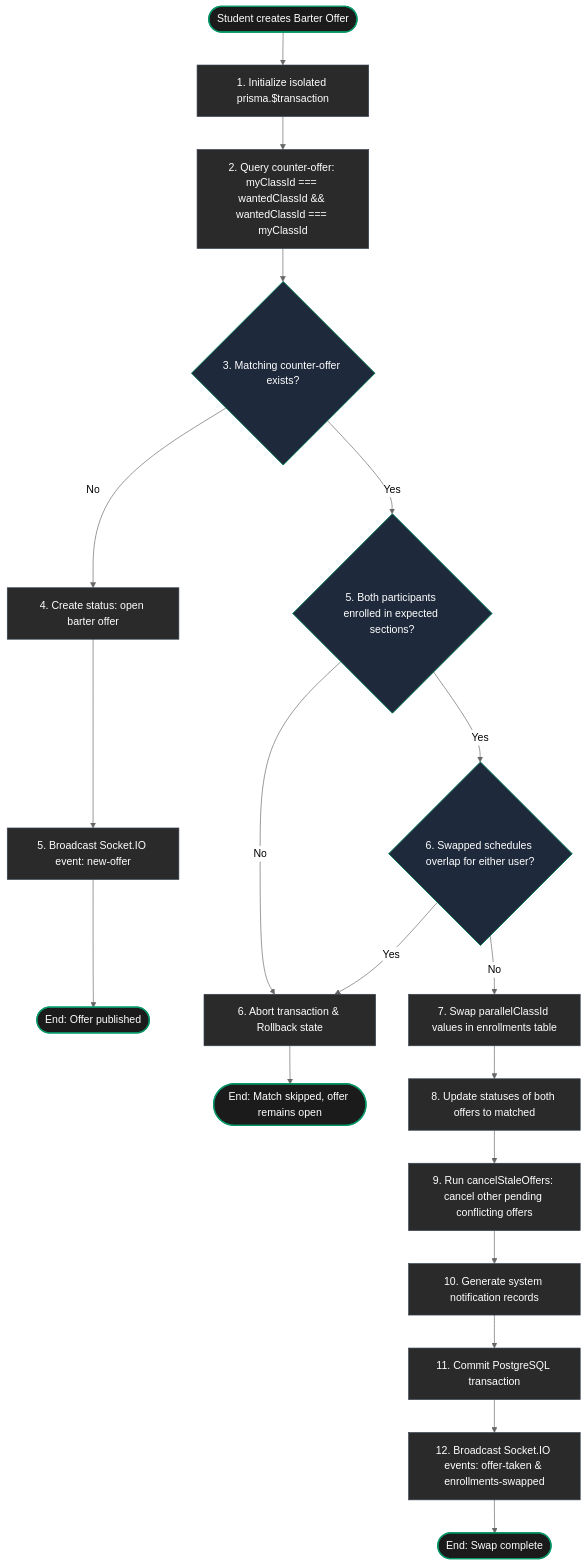
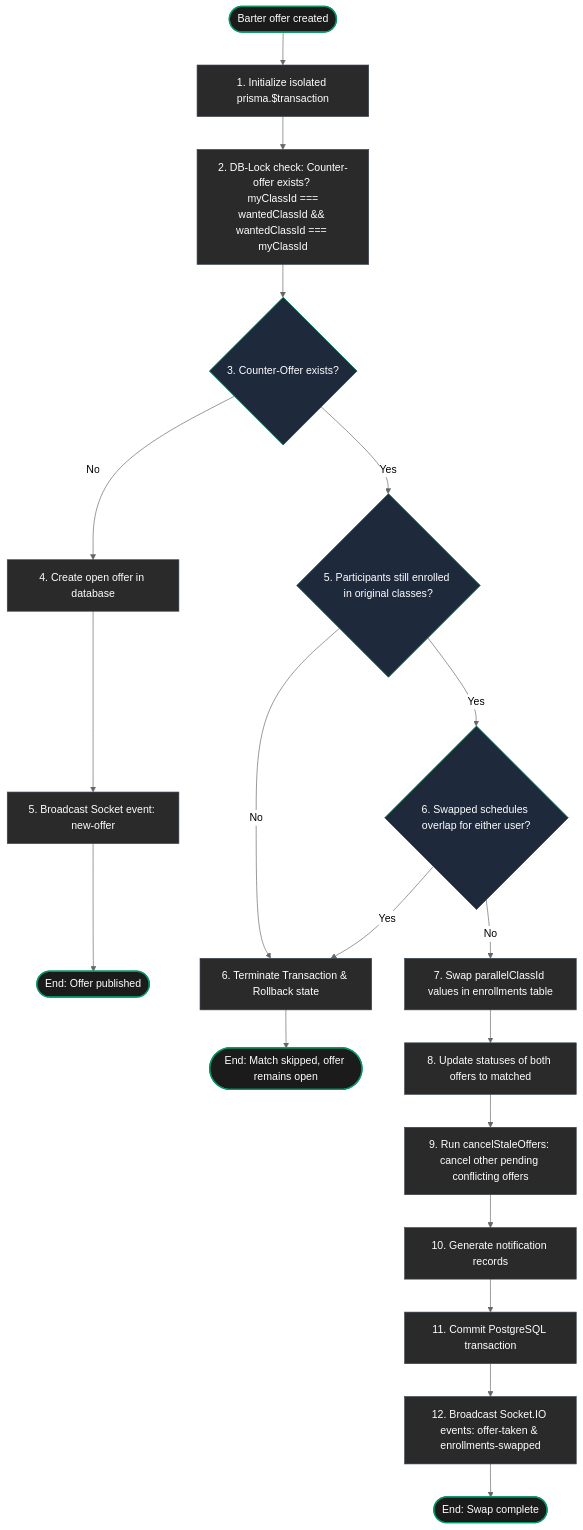
The third of 3 diagrams in ARCHITECTURE.md (gimigkk/KRSwitch-backend), drawn with Mermaid (neutral theme) before and after one commit. The commit also changed other lines of this file and 1 other file, not shown here.

Commit message:
docs: customize architecture and onboarding guides specifically for the backend

````diff
--- a/ARCHITECTURE.md
+++ b/ARCHITECTURE.md
@@ -99,33 +80,33 @@
 ```mermaid
 flowchart TD
     classDef startStop fill:#1b1b1b,stroke:#059669,stroke-width:2px,color:#fff;
     classDef process fill:#2a2a2a,stroke:#374151,stroke-width:1px,color:#fff;
     classDef decision fill:#1e293b,stroke:#047857,stroke-width:1.5px,color:#fff;
 
-    Start([Student creates Barter Offer]):::startStop
+    Start([Barter offer created]):::startStop
     Start --> InitTx[1. Initialize isolated prisma.$transaction]:::process
-    InitTx --> LockDB[2. Query counter-offer: myClassId === wantedClassId && wantedClassId === myClassId]:::process
+    InitTx --> LockDB[2. DB-Lock check: Counter-offer exists? <br> myClassId === wantedClassId && wantedClassId === myClassId]:::process
     
-    LockDB --> MatchExist{3. Matching counter-offer exists?}:::decision
+    LockDB --> MatchExist{3. Counter-Offer exists?}:::decision
     
-    MatchExist -- "No" --> SaveOpen[4. Create status: open barter offer]:::process
-    SaveOpen --> EmitNew[5. Broadcast Socket.IO event: new-offer]:::process
+    MatchExist -- "No" --> SaveOpen[4. Create open offer in database]:::process
+    SaveOpen --> EmitNew[5. Broadcast Socket event: new-offer]:::process
     EmitNew --> SuccessReturn([End: Offer published]):::startStop
 
-    MatchExist -- "Yes" --> ValidateActive{5. Both participants enrolled in expected sections?}:::decision
+    MatchExist -- "Yes" --> ValidateActive{5. Participants still enrolled in original classes?}:::decision
     
-    ValidateActive -- "No" --> RollbackTx[6. Abort transaction & Rollback state]:::process
+    ValidateActive -- "No" --> RollbackTx[6. Terminate Transaction & Rollback state]:::process
     RollbackTx --> ReturnFail([End: Match skipped, offer remains open]):::startStop
 
     ValidateActive -- "Yes" --> ScheduleCheck{6. Swapped schedules overlap for either user?}:::decision
 
     ScheduleCheck -- "Yes" --> RollbackTx
     
     ScheduleCheck -- "No" --> SwapEnrollments[7. Swap parallelClassId values in enrollments table]:::process
     SwapEnrollments --> UpdateOfferStatus[8. Update statuses of both offers to matched]:::process
     UpdateOfferStatus --> CancelStale[9. Run cancelStaleOffers: cancel other pending conflicting offers]:::process
-    CancelStale --> CreateNotifs[10. Generate system notification records]:::process
+    CancelStale --> CreateNotifs[10. Generate notification records]:::process
     CreateNotifs --> CommitTx[11. Commit PostgreSQL transaction]:::process
     CommitTx --> EmitSuccess[12. Broadcast Socket.IO events: offer-taken & enrollments-swapped]:::process
     EmitSuccess --> EndSuccess([End: Swap complete]):::startStop
 ```
````
